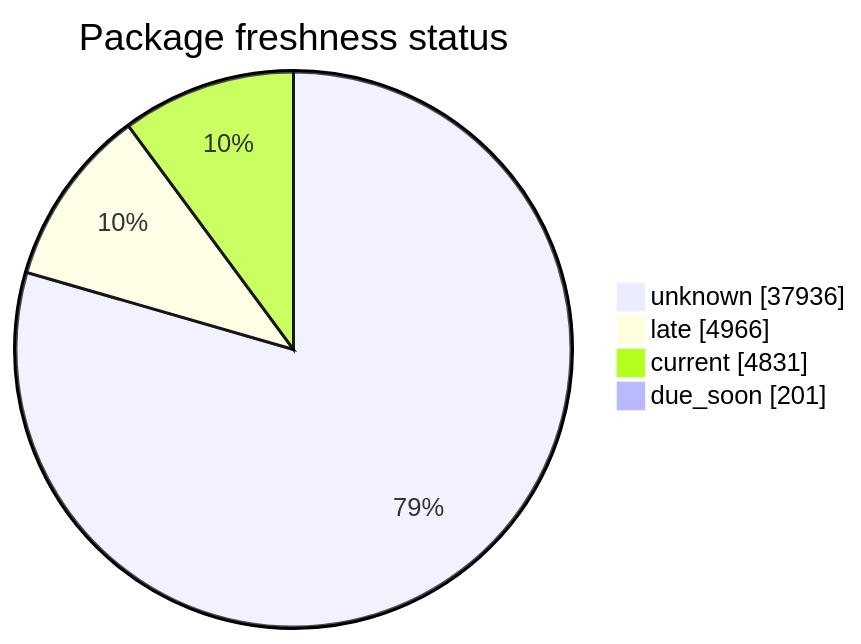
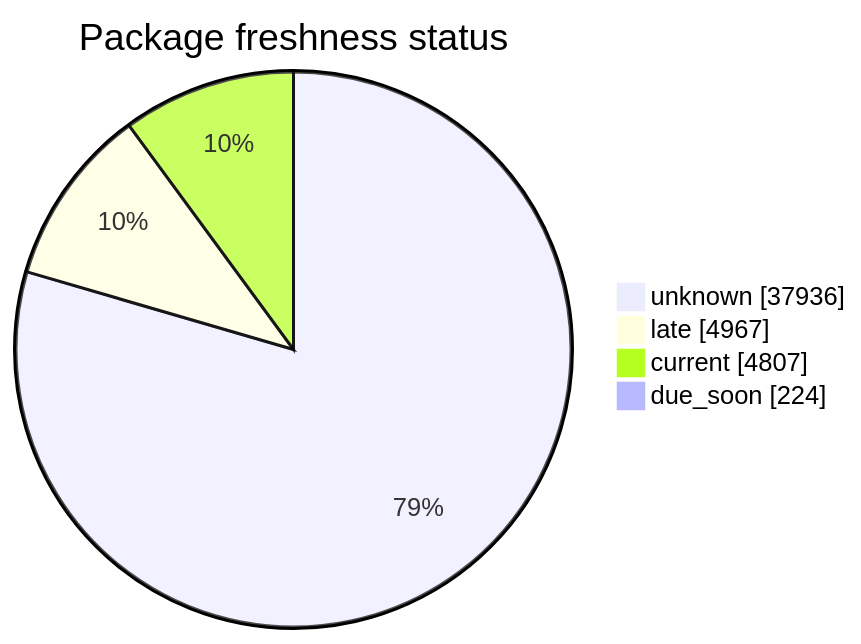
Before and after one commit to open-data/analytics-corporate-reporting: the second of 5 diagrams in FreshCheck/README.md, drawn with Mermaid. The commit also changed other lines of this file and 3 other files, not shown here.

````diff
--- a/FreshCheck/README.md
+++ b/FreshCheck/README.md
@@ -68,7 +68,7 @@
 ```mermaid
 pie showData title Package freshness status
     "unknown": 37936
-    "late": 4966
-    "current": 4831
-    "due_soon": 201
+    "late": 4967
+    "current": 4807
+    "due_soon": 224
 ```
````
